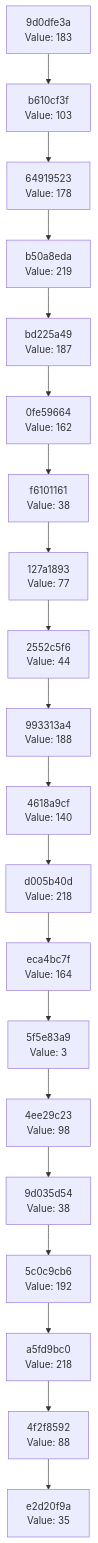
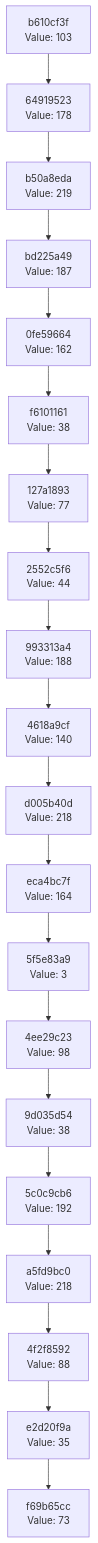
One commit to Abhisheksinha1506/hash-chain-evolver changed the diagram in docs/CHAIN_VISUALIZATION.md. Above: the diagram before and after it, drawn with Mermaid. The commit also changed 2 other files, not shown here.

Commit message:
Evolution Step

````diff
--- a/docs/CHAIN_VISUALIZATION.md
+++ b/docs/CHAIN_VISUALIZATION.md
@@ -3,42 +3,42 @@
 ```mermaid
 graph TD
-    C0["e2d20f9a<br/>Value: 35"]
-    C1["4f2f8592<br/>Value: 88"]
+    C0["f69b65cc<br/>Value: 73"]
+    C1["e2d20f9a<br/>Value: 35"]
     C1 --> C0
-    C2["a5fd9bc0<br/>Value: 218"]
+    C2["4f2f8592<br/>Value: 88"]
     C2 --> C1
-    C3["5c0c9cb6<br/>Value: 192"]
+    C3["a5fd9bc0<br/>Value: 218"]
     C3 --> C2
-    C4["9d035d54<br/>Value: 38"]
+    C4["5c0c9cb6<br/>Value: 192"]
     C4 --> C3
-    C5["4ee29c23<br/>Value: 98"]
+    C5["9d035d54<br/>Value: 38"]
     C5 --> C4
-    C6["5f5e83a9<br/>Value: 3"]
+    C6["4ee29c23<br/>Value: 98"]
     C6 --> C5
-    C7["eca4bc7f<br/>Value: 164"]
+    C7["5f5e83a9<br/>Value: 3"]
     C7 --> C6
-    C8["d005b40d<br/>Value: 218"]
+    C8["eca4bc7f<br/>Value: 164"]
     C8 --> C7
-    C9["4618a9cf<br/>Value: 140"]
+    C9["d005b40d<br/>Value: 218"]
     C9 --> C8
-    C10["993313a4<br/>Value: 188"]
+    C10["4618a9cf<br/>Value: 140"]
     C10 --> C9
-    C11["2552c5f6<br/>Value: 44"]
+    C11["993313a4<br/>Value: 188"]
     C11 --> C10
-    C12["127a1893<br/>Value: 77"]
+    C12["2552c5f6<br/>Value: 44"]
     C12 --> C11
-    C13["f6101161<br/>Value: 38"]
+    C13["127a1893<br/>Value: 77"]
     C13 --> C12
-    C14["0fe59664<br/>Value: 162"]
+    C14["f6101161<br/>Value: 38"]
     C14 --> C13
-    C15["bd225a49<br/>Value: 187"]
+    C15["0fe59664<br/>Value: 162"]
     C15 --> C14
-    C16["b50a8eda<br/>Value: 219"]
+    C16["bd225a49<br/>Value: 187"]
     C16 --> C15
-    C17["64919523<br/>Value: 178"]
+    C17["b50a8eda<br/>Value: 219"]
     C17 --> C16
-    C18["b610cf3f<br/>Value: 103"]
+    C18["64919523<br/>Value: 178"]
     C18 --> C17
-    C19["9d0dfe3a<br/>Value: 183"]
+    C19["b610cf3f<br/>Value: 103"]
     C19 --> C18
 ```
````
